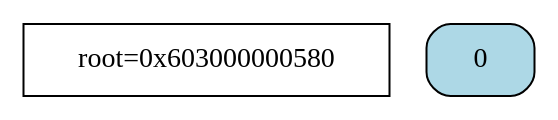
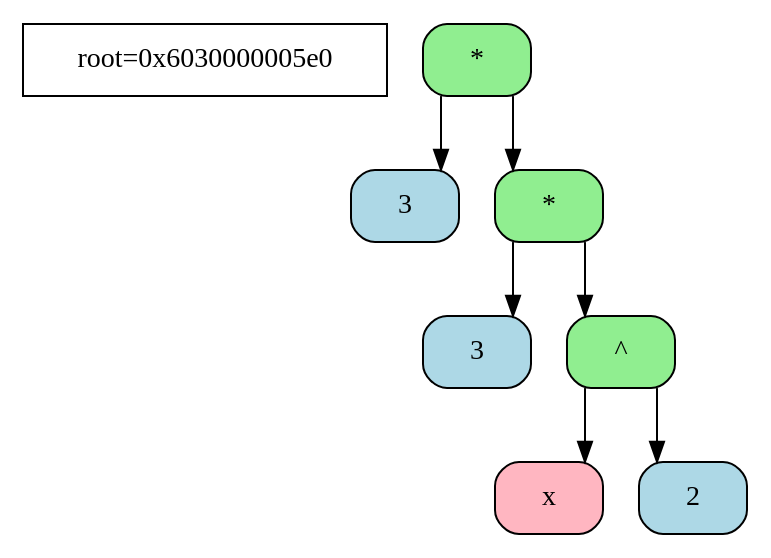
Before and after one commit to Yan103/Differencator: the diagram in DumpFiles/dump.dot, drawn with Graphviz. The commit also changed 8 other files, not shown here.

```diff
--- a/DumpFiles/dump.dot
+++ b/DumpFiles/dump.dot
@@ -1,9 +1,27 @@
 digraph tree{
     node[shape=record,fontsize=14];
     splines=ortho
-    info[label="root=0x603000000580"]
+    info[label="root=0x6030000005e0"]
 
-  	node0x603000000580[shape=Mrecord,style="rounded,filled",fillcolor="lightblue",label="0"]
-	node0x603000000580[shape=Mrecord,style="rounded,filled",fillcolor="lightblue",label="0"]
+  	node0x6030000005e0[shape=Mrecord,style="rounded,filled",fillcolor="lightgreen",label="*"]
+	node0x6030000005e0->node0x603000000490
+	node0x603000000490[shape=Mrecord,style="rounded,filled",fillcolor="lightblue",label="3"]
+	node0x603000000490[shape=Mrecord,style="rounded,filled",fillcolor="lightblue",label="3"]
+	node0x6030000005e0[shape=Mrecord,style="rounded,filled",fillcolor="lightgreen",label="*"]
+	node0x6030000005e0->node0x603000000460
+	node0x603000000460[shape=Mrecord,style="rounded,filled",fillcolor="lightgreen",label="*"]
+	node0x603000000460->node0x6030000003d0
+	node0x6030000003d0[shape=Mrecord,style="rounded,filled",fillcolor="lightblue",label="3"]
+	node0x6030000003d0[shape=Mrecord,style="rounded,filled",fillcolor="lightblue",label="3"]
+	node0x603000000460[shape=Mrecord,style="rounded,filled",fillcolor="lightgreen",label="*"]
+	node0x603000000460->node0x6030000003a0
+	node0x6030000003a0[shape=Mrecord,style="rounded,filled",fillcolor="lightgreen",label="^"]
+	node0x6030000003a0->node0x603000000370
+	node0x603000000370[shape=Mrecord,style="rounded,filled",fillcolor="lightpink",label="x"]
+	node0x603000000370[shape=Mrecord,style="rounded,filled",fillcolor="lightpink",label="x"]
+	node0x6030000003a0[shape=Mrecord,style="rounded,filled",fillcolor="lightgreen",label="^"]
+	node0x6030000003a0->node0x603000000340
+	node0x603000000340[shape=Mrecord,style="rounded,filled",fillcolor="lightblue",label="2"]
+	node0x603000000340[shape=Mrecord,style="rounded,filled",fillcolor="lightblue",label="2"]
 
 }
```
